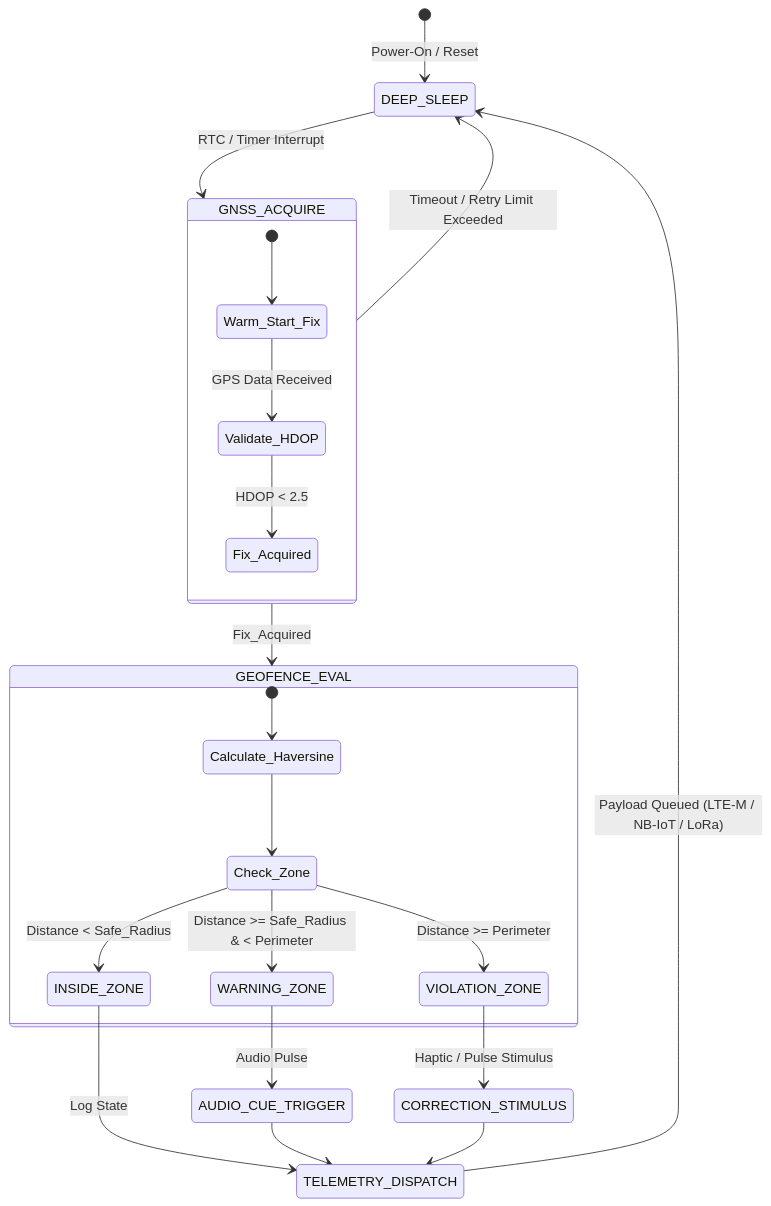
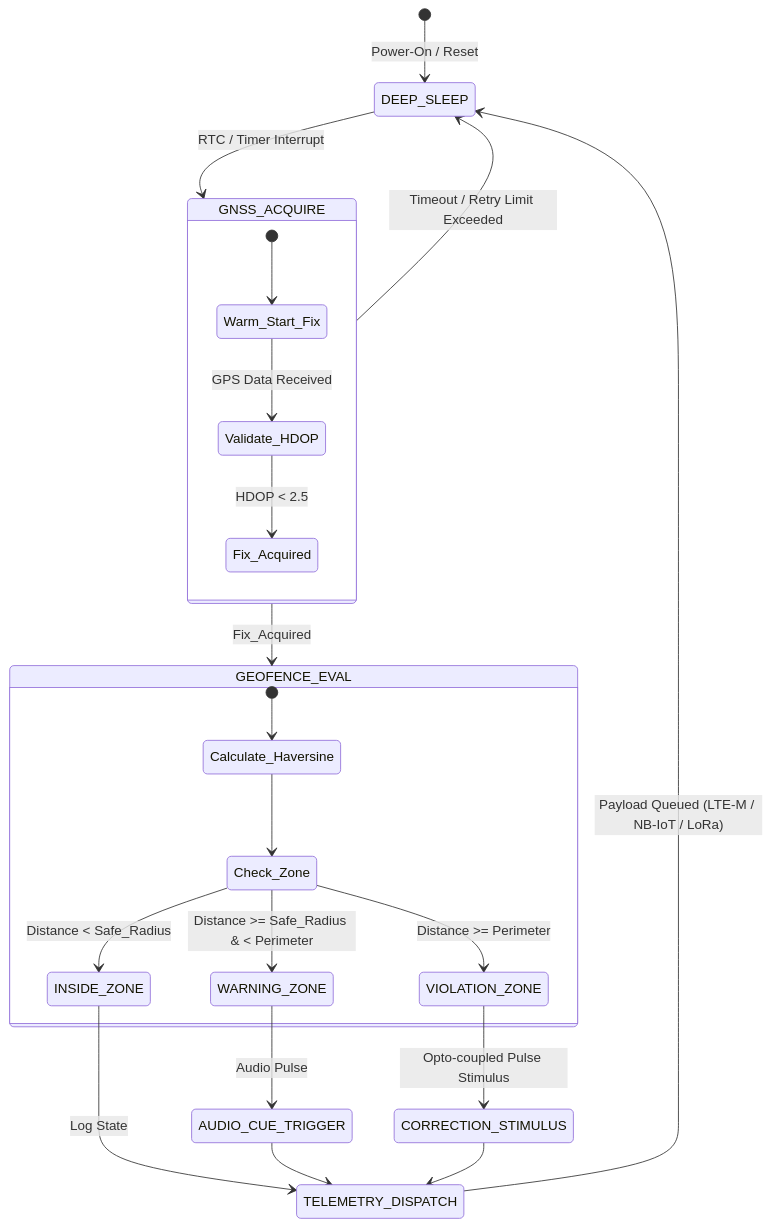
The diagram in README.md (JavierAndresMunozAriza/Proyecto-DR-VF-01), drawn with Mermaid before and after one commit. The commit also changed other lines of this file and 23 other files, not shown here.

````diff
--- a/README.md
+++ b/README.md
@@ -26,32 +26,32 @@
 ```mermaid
 stateDiagram-v2
     [*] --> DEEP_SLEEP: Power-On / Reset
     
     DEEP_SLEEP --> GNSS_ACQUIRE: RTC / Timer Interrupt
     
     state GNSS_ACQUIRE {
         [*] --> Warm_Start_Fix
         Warm_Start_Fix --> Validate_HDOP: GPS Data Received
         Validate_HDOP --> Fix_Acquired: HDOP < 2.5
     }
 
     GNSS_ACQUIRE --> GEOFENCE_EVAL: Fix_Acquired
     GNSS_ACQUIRE --> DEEP_SLEEP: Timeout / Retry Limit Exceeded
 
     state GEOFENCE_EVAL {
         [*] --> Calculate_Haversine
         Calculate_Haversine --> Check_Zone
         Check_Zone --> INSIDE_ZONE: Distance < Safe_Radius
         Check_Zone --> WARNING_ZONE: Distance >= Safe_Radius & < Perimeter
         Check_Zone --> VIOLATION_ZONE: Distance >= Perimeter
     }
 
     INSIDE_ZONE --> TELEMETRY_DISPATCH: Log State
     WARNING_ZONE --> AUDIO_CUE_TRIGGER: Audio Pulse
-    VIOLATION_ZONE --> CORRECTION_STIMULUS: Haptic / Pulse Stimulus
+    VIOLATION_ZONE --> CORRECTION_STIMULUS: Opto-coupled Pulse Stimulus
 
     AUDIO_CUE_TRIGGER --> TELEMETRY_DISPATCH
     CORRECTION_STIMULUS --> TELEMETRY_DISPATCH
 
     TELEMETRY_DISPATCH --> DEEP_SLEEP: Payload Queued (LTE-M / NB-IoT / LoRa)
 ``` 
````
